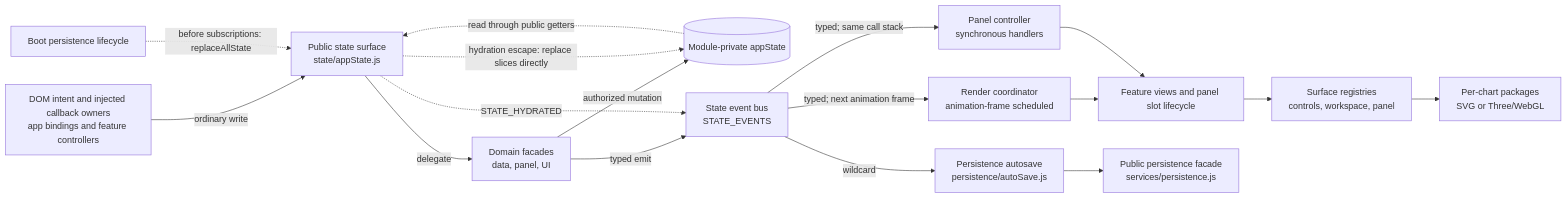
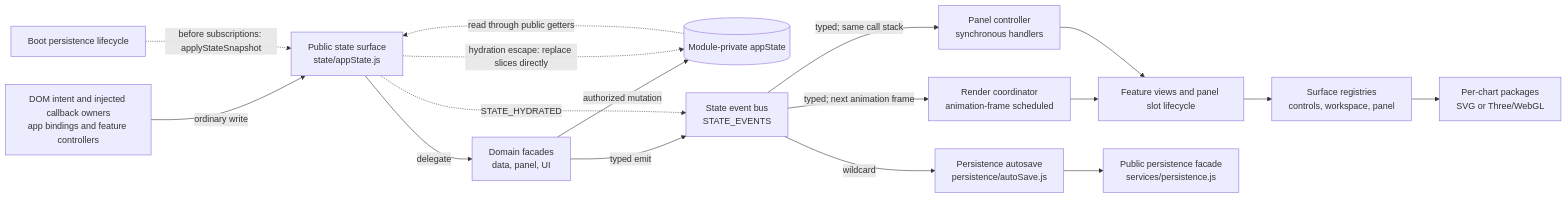
Before and after one commit to GabrielInada/CHIVE: the diagram in docs/development/architecture.md, drawn with Mermaid. The commit also changed other lines of this file and 39 other files, not shown here.

````diff
--- a/docs/development/architecture.md
+++ b/docs/development/architecture.md
@@ -43,33 +43,33 @@
 ```mermaid
 flowchart LR
     DOM["DOM intent and injected callback owners<br/>app bindings and feature controllers"]
     API["Public state surface<br/>state/appState.js"]
     FACADES["Domain facades<br/>data, panel, UI"]
     STATE[("Module-private appState")]
     BUS["State event bus<br/>STATE_EVENTS"]
     COORD["Render coordinator<br/>animation-frame scheduled"]
     PANEL["Panel controller<br/>synchronous handlers"]
     AUTOSAVE["Persistence autosave<br/>persistence/autoSave.js"]
     VIEWS["Feature views and panel slot lifecycle"]
     REGISTRIES["Surface registries<br/>controls, workspace, panel"]
     CHARTS["Per-chart packages<br/>SVG or Three/WebGL"]
     PERSIST["Public persistence facade<br/>services/persistence.js"]
     HYDRATE["Boot persistence lifecycle"]
 
     DOM -->|"ordinary write"| API
     API -->|"delegate"| FACADES
     FACADES -->|"authorized mutation"| STATE
     FACADES -->|"typed emit"| BUS
     STATE -. "read through public getters" .-> API
     BUS -->|"typed; next animation frame"| COORD
     BUS -->|"typed; same call stack"| PANEL
     BUS -->|"wildcard"| AUTOSAVE
     COORD --> VIEWS
     PANEL --> VIEWS
     VIEWS --> REGISTRIES
     REGISTRIES --> CHARTS
     AUTOSAVE --> PERSIST
-    HYDRATE -. "before subscriptions: replaceAllState" .-> API
+    HYDRATE -. "before subscriptions: applyStateSnapshot" .-> API
     API -. "hydration escape: replace slices directly" .-> STATE
     API -. "STATE_HYDRATED" .-> BUS
 ```
````
